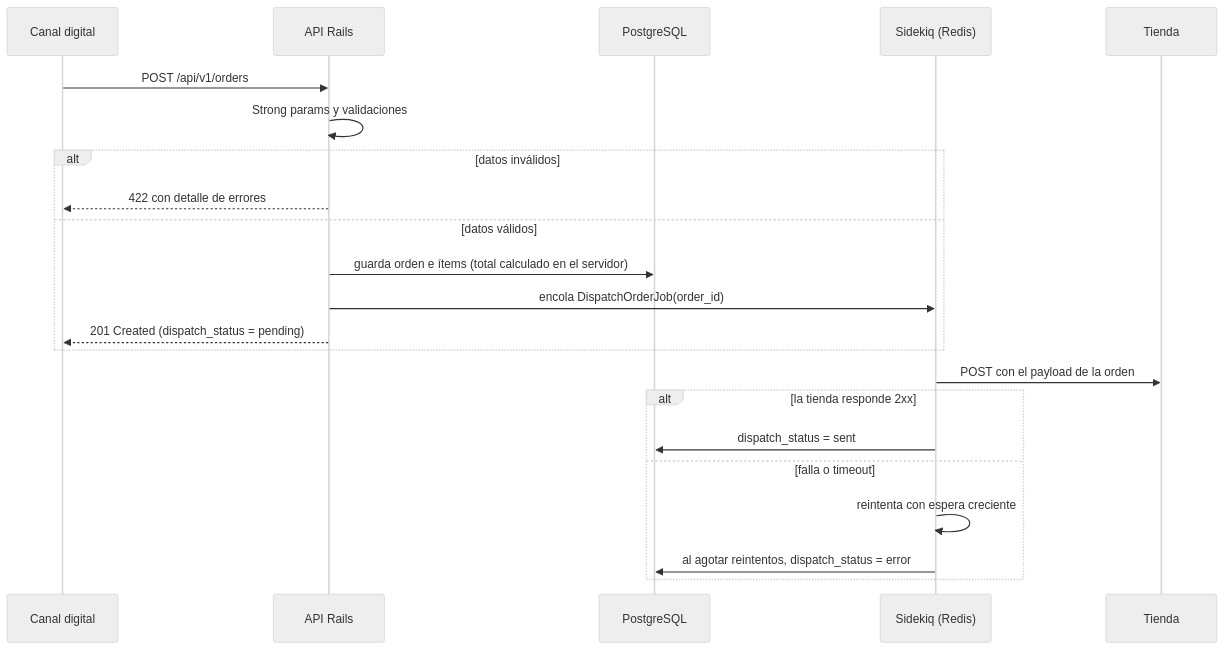
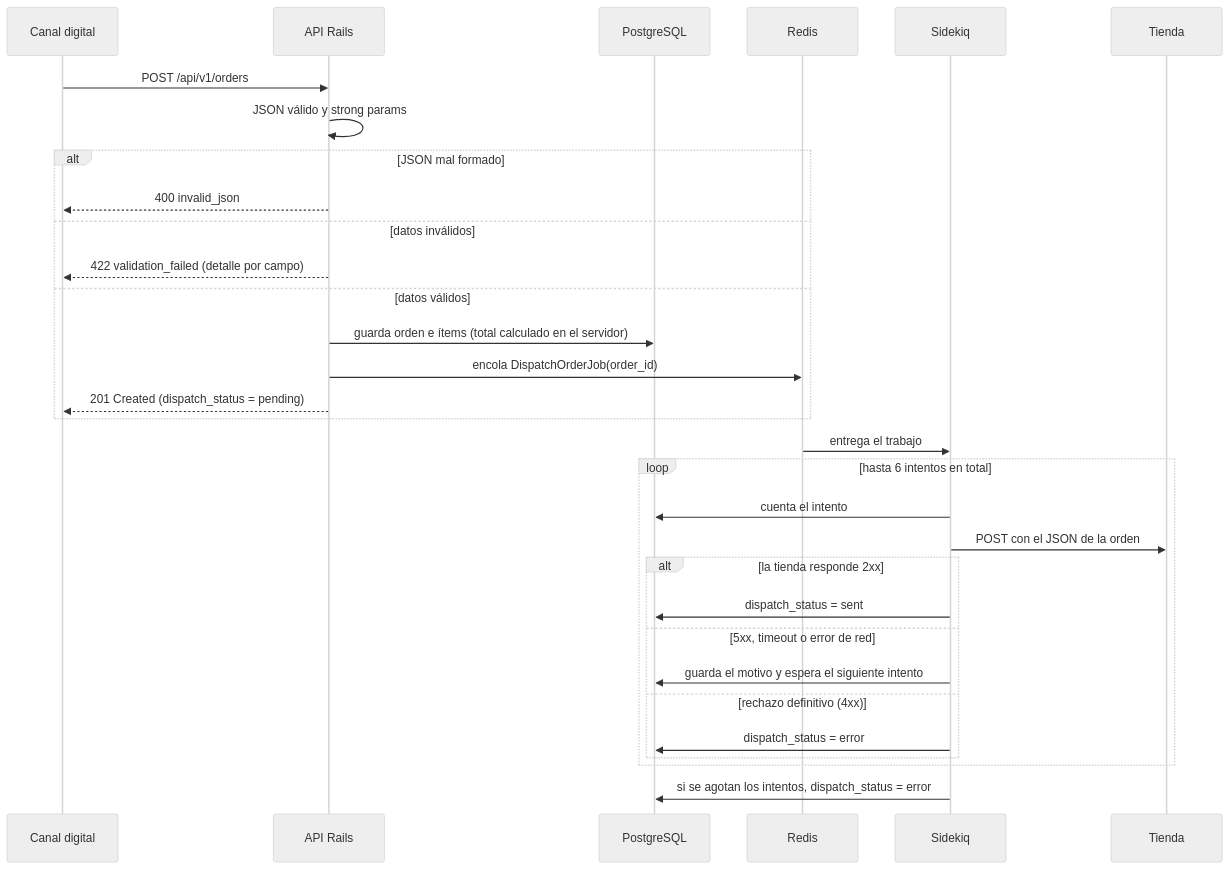
Before and after one commit to IvanAhumadaLoki/niu-orders: the second of 3 diagrams in README.md, drawn with Mermaid (neutral theme). The commit also changed other lines of this file and 1 other file, not shown here.

Commit message:
docs: complete README with architecture, flow, API examples and setup

````diff
--- a/README.md
+++ b/README.md
@@ -51,25 +145,34 @@
 ```mermaid
 sequenceDiagram
     participant C as Canal digital
     participant A as API Rails
     participant DB as PostgreSQL
-    participant S as Sidekiq (Redis)
+    participant R as Redis
+    participant S as Sidekiq
     participant T as Tienda
 
     C->>A: POST /api/v1/orders
-    A->>A: Strong params y validaciones
-    alt datos inválidos
-        A-->>C: 422 con detalle de errores
+    A->>A: JSON válido y strong params
+    alt JSON mal formado
+        A-->>C: 400 invalid_json
+    else datos inválidos
+        A-->>C: 422 validation_failed (detalle por campo)
     else datos válidos
         A->>DB: guarda orden e ítems (total calculado en el servidor)
-        A->>S: encola DispatchOrderJob(order_id)
+        A->>R: encola DispatchOrderJob(order_id)
         A-->>C: 201 Created (dispatch_status = pending)
     end
-    S->>T: POST con el payload de la orden
-    alt la tienda responde 2xx
-        S->>DB: dispatch_status = sent
-    else falla o timeout
-        S->>S: reintenta con espera creciente
-        S->>DB: al agotar reintentos, dispatch_status = error
+    R->>S: entrega el trabajo
+    loop hasta 6 intentos en total
+        S->>DB: cuenta el intento
+        S->>T: POST con el JSON de la orden
+        alt la tienda responde 2xx
+            S->>DB: dispatch_status = sent
+        else 5xx, timeout o error de red
+            S->>DB: guarda el motivo y espera el siguiente intento
+        else rechazo definitivo (4xx)
+            S->>DB: dispatch_status = error
+        end
     end
+    S->>DB: si se agotan los intentos, dispatch_status = error
 ```
````
